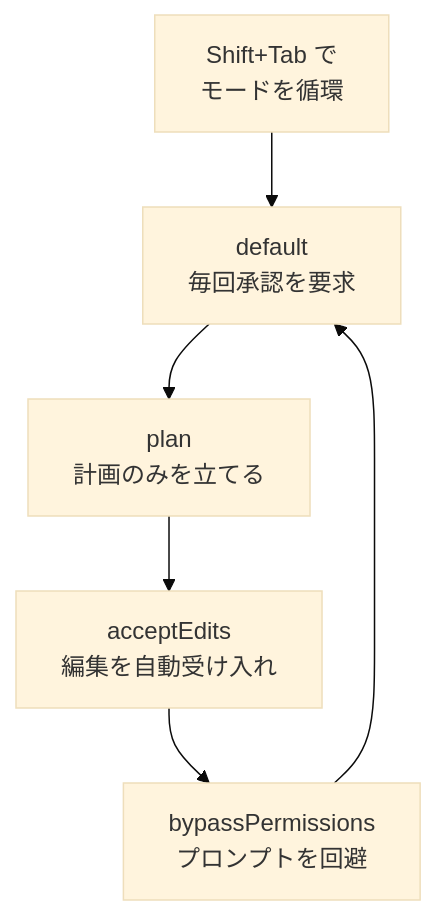
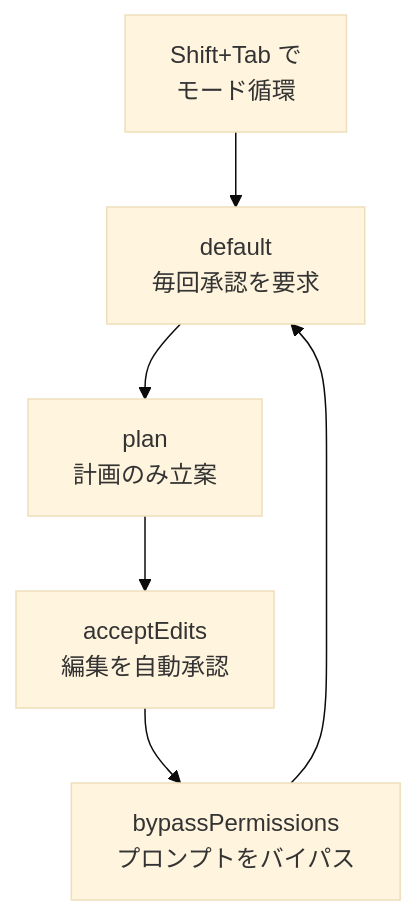
One commit to modu-ai/moai-adk changed the diagram in docs-site/content/ja/claude-code/foundations/interactive-mode.md. Above: the diagram before and after it, drawn with Mermaid (base theme). The commit also changed other lines of this file and 395 other files, not shown here.

````diff
--- a/docs-site/content/ja/claude-code/foundations/interactive-mode.md
+++ b/docs-site/content/ja/claude-code/foundations/interactive-mode.md
@@ -118,8 +119,8 @@
 ```mermaid
 flowchart TD
-    A[Shift+Tab で<br>モードを循環] --> B[default<br>毎回承認を要求]
-    B --> C[plan<br>計画のみを立てる]
-    C --> D[acceptEdits<br>編集を自動受け入れ]
-    D --> E[bypassPermissions<br>プロンプトを回避]
+    A[Shift+Tab で<br>モード循環] --> B[default<br>毎回承認を要求]
+    B --> C[plan<br>計画のみ立案]
+    C --> D[acceptEdits<br>編集を自動承認]
+    D --> E[bypassPermissions<br>プロンプトをバイパス]
     E --> B
 ```
````
